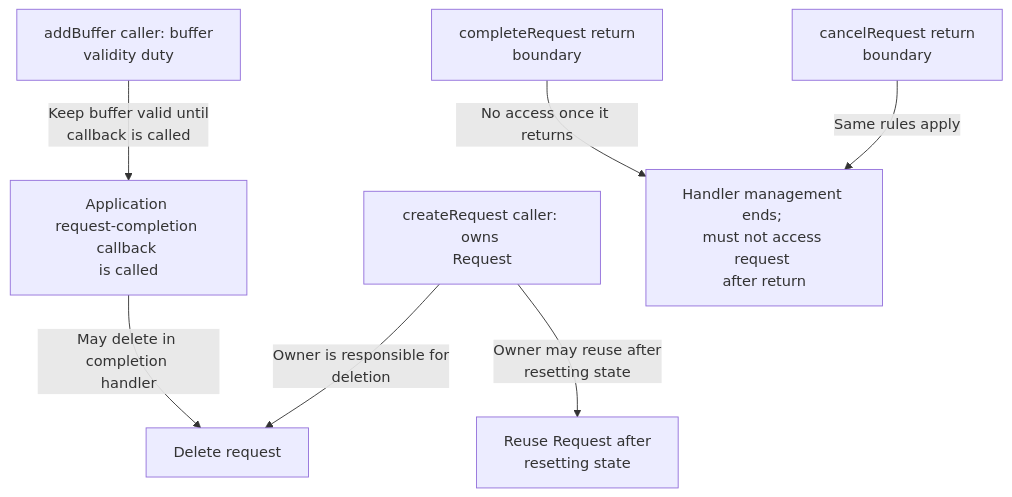
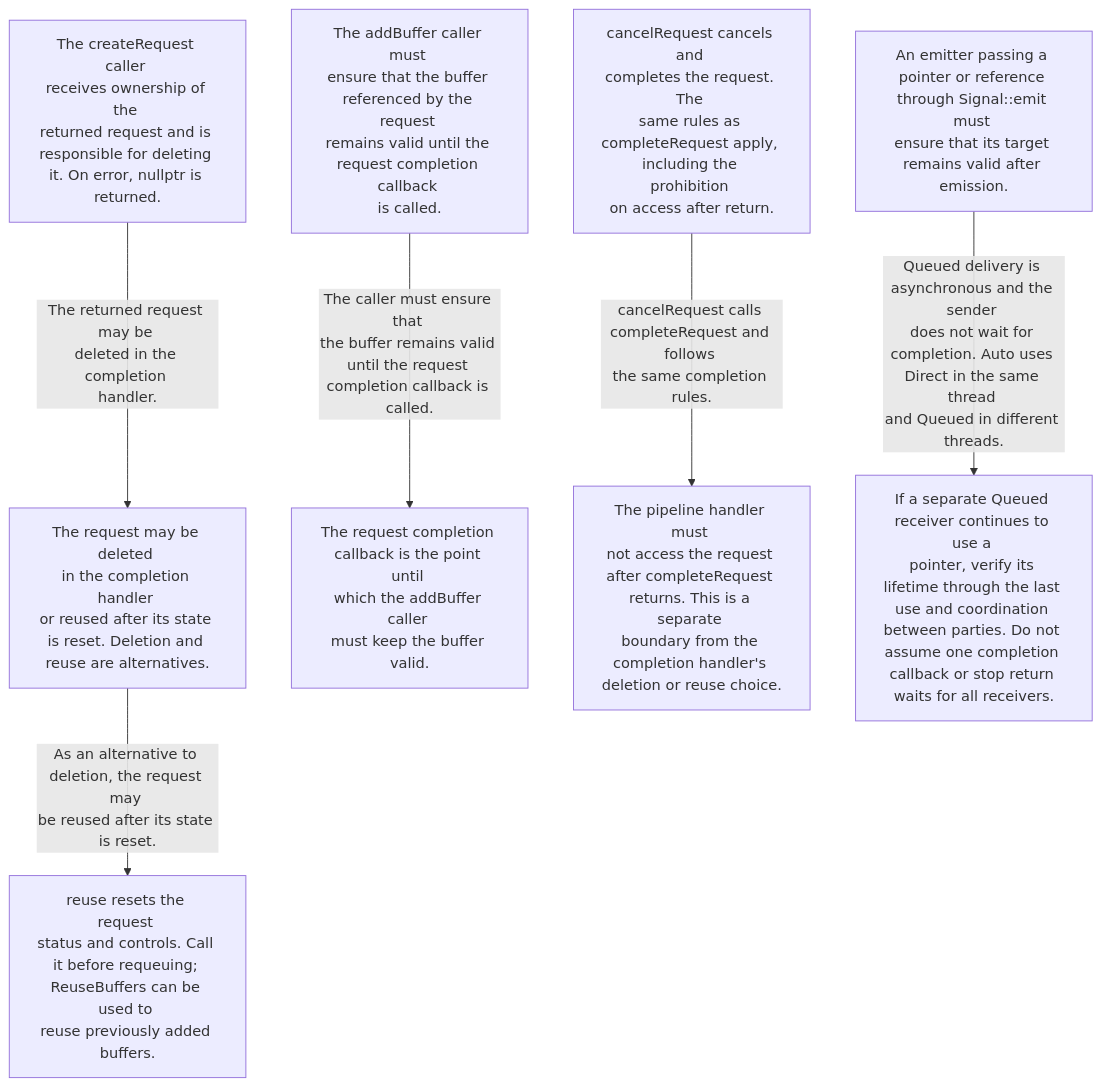
Before and after one commit to TTolsun/libcamera-sdd: the diagram in docs/en/request-lifecycle.request-ownership.mmd, drawn with Mermaid. The commit also changed 283 other files, not shown here.

```diff
--- a/docs/en/request-lifecycle.request-ownership.mmd
+++ b/docs/en/request-lifecycle.request-ownership.mmd
@@ -1,16 +1,16 @@
 flowchart TB
 
-  v_caller["createRequest caller: owns <br/>Request"]
-  v_buffer["addBuffer caller: buffer <br/>validity duty"]
-  v_callback["Application <br/>request-completion callback <br/>is called"]
-  v_delete["Delete request"]
-  v_reuse["Reuse Request after <br/>resetting state"]
-  v_complete["completeRequest return <br/>boundary"]
-  v_cancel["cancelRequest return <br/>boundary"]
-  v_ban["Handler management ends; <br/>must not access request <br/>after return"]
-  v_buffer -->|"Keep buffer valid until <br/>callback is called"| v_callback
-  v_callback -->|"May delete in completion <br/>handler"| v_delete
-  v_complete -->|"No access once it returns"| v_ban
-  v_cancel -->|"Same rules apply"| v_ban
-  v_caller -->|"Owner may reuse after <br/>resetting state"| v_reuse
-  v_caller -->|"Owner is responsible for <br/>deletion"| v_delete
+  v_create["The createRequest caller <br/>receives ownership of the <br/>returned request and is <br/>responsible for deleting <br/>it. On error, nullptr is <br/>returned."]
+  v_add["The addBuffer caller must <br/>ensure that the buffer <br/>referenced by the request <br/>remains valid until the <br/>request completion callback <br/>is called."]
+  v_handler["The request may be deleted <br/>in the completion handler <br/>or reused after its state <br/>is reset. Deletion and <br/>reuse are alternatives."]
+  v_callback["The request completion <br/>callback is the point until <br/>which the addBuffer caller <br/>must keep the buffer valid."]
+  v_reuse["reuse resets the request <br/>status and controls. Call <br/>it before requeuing; <br/>ReuseBuffers can be used to <br/>reuse previously added <br/>buffers."]
+  v_complete["The pipeline handler must <br/>not access the request <br/>after completeRequest <br/>returns. This is a separate <br/>boundary from the <br/>completion handler#39;s <br/>deletion or reuse choice."]
+  v_cancel["cancelRequest cancels and <br/>completes the request. The <br/>same rules as <br/>completeRequest apply, <br/>including the prohibition <br/>on access after return."]
+  v_signal["An emitter passing a <br/>pointer or reference <br/>through Signal::emit must <br/>ensure that its target <br/>remains valid after <br/>emission."]
+  v_queued["If a separate Queued <br/>receiver continues to use a <br/>pointer, verify its <br/>lifetime through the last <br/>use and coordination <br/>between parties. Do not <br/>assume one completion <br/>callback or stop return <br/>waits for all receivers."]
+  v_create -->|"The returned request may be <br/>deleted in the completion <br/>handler."| v_handler
+  v_handler -->|"As an alternative to <br/>deletion, the request may <br/>be reused after its state <br/>is reset."| v_reuse
+  v_add -->|"The caller must ensure that <br/>the buffer remains valid <br/>until the request <br/>completion callback is <br/>called."| v_callback
+  v_cancel -->|"cancelRequest calls <br/>completeRequest and follows <br/>the same completion rules."| v_complete
+  v_signal -->|"Queued delivery is <br/>asynchronous and the sender <br/>does not wait for <br/>completion. Auto uses <br/>Direct in the same thread <br/>and Queued in different <br/>threads."| v_queued
```
